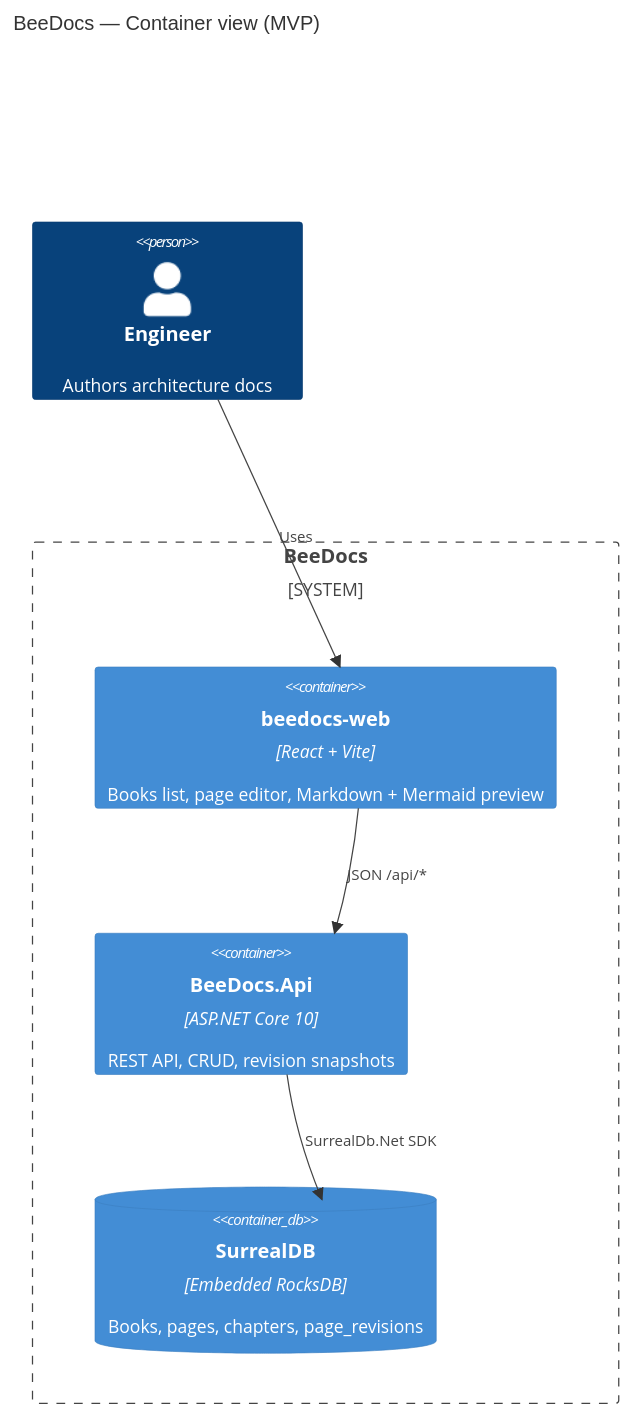
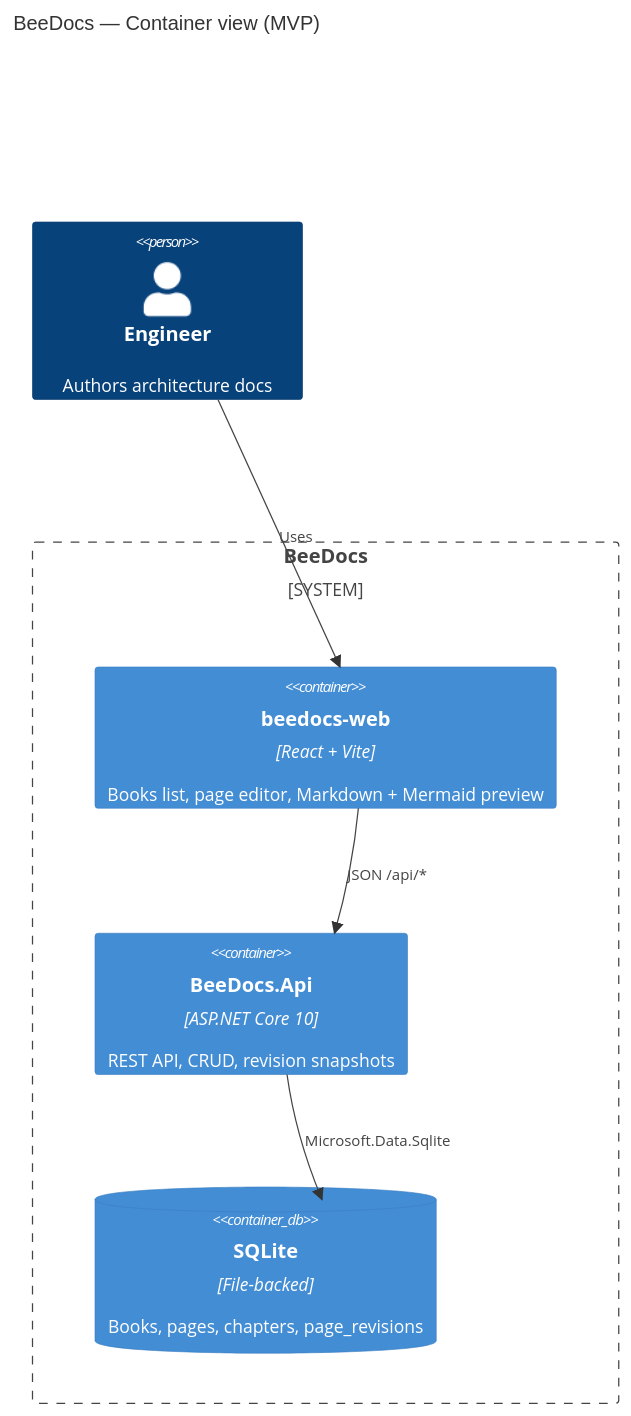
Before and after one commit to bartbeecoders/beedocs: the diagram in README.md, drawn with Mermaid. The commit also changed other lines of this file and 29 other files, not shown here.

First line of the commit message:
Refactor database integration from SurrealDB to SQLite

````diff
--- a/README.md
+++ b/README.md
@@ -9,16 +9,16 @@
 ```mermaid
 C4Container
     title BeeDocs — Container view (MVP)
 
     Person(writer, "Engineer", "Authors architecture docs")
 
     System_Boundary(beedocs, "BeeDocs") {
         Container(web, "beedocs-web", "React + Vite", "Books list, page editor, Markdown + Mermaid preview")
         Container(api, "BeeDocs.Api", "ASP.NET Core 10", "REST API, CRUD, revision snapshots")
-        ContainerDb(db, "SurrealDB", "Embedded RocksDB", "Books, pages, chapters, page_revisions")
+        ContainerDb(db, "SQLite", "File-backed", "Books, pages, chapters, page_revisions")
     }
 
     Rel(writer, web, "Uses")
     Rel(web, api, "JSON /api/*")
-    Rel(api, db, "SurrealDb.Net SDK")
+    Rel(api, db, "Microsoft.Data.Sqlite")
 ```
````
